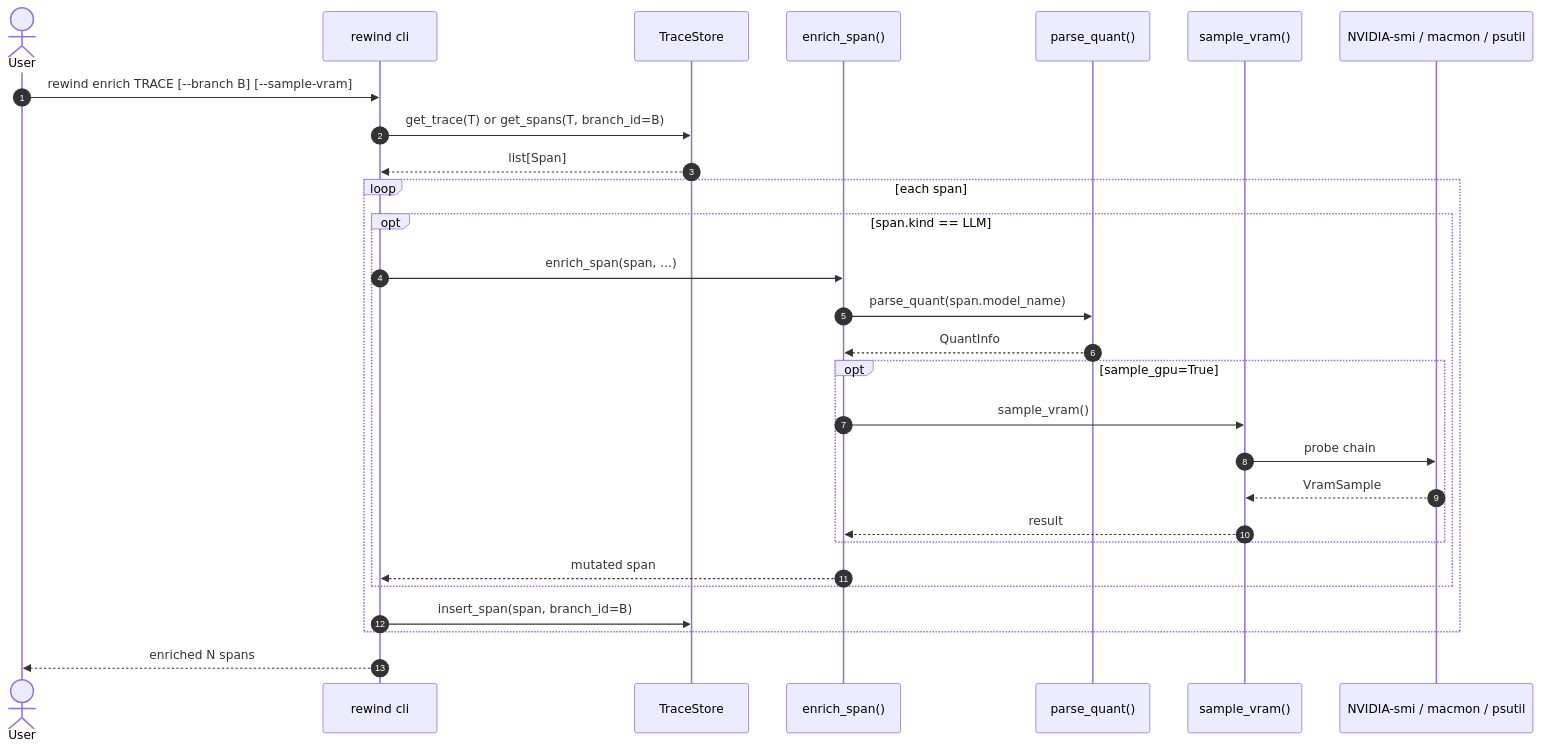
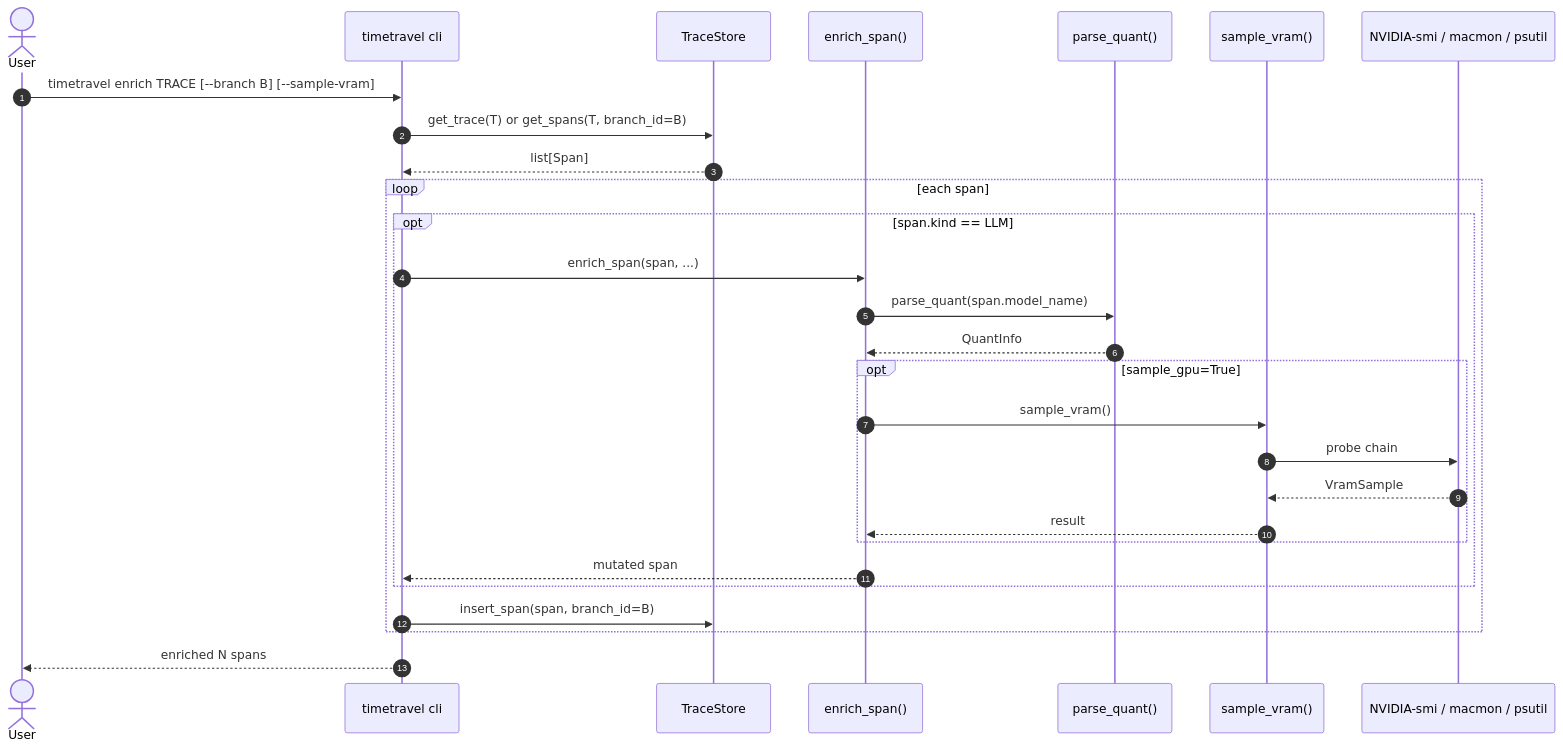
Before and after one commit to akshay-mp/Rewind: the second of 3 diagrams in docs/phases/phase-7.md, drawn with Mermaid. The commit also changed other lines of this file and 244 other files, not shown here.

````diff
--- a/docs/phases/phase-7.md
+++ b/docs/phases/phase-7.md
@@ -186,30 +186,30 @@
 ```mermaid
 sequenceDiagram
     autonumber
     actor U as User
-    participant CLI as rewind cli
+    participant CLI as timetravel cli
     participant Store as TraceStore
     participant ES as enrich_span()
     participant PQ as parse_quant()
     participant SV as sample_vram()
     participant Ops as NVIDIA-smi / macmon / psutil
-    U->>CLI: rewind enrich TRACE [--branch B] [--sample-vram]
+    U->>CLI: timetravel enrich TRACE [--branch B] [--sample-vram]
     CLI->>Store: get_trace(T) or get_spans(T, branch_id=B)
     Store-->>CLI: list[Span]
     loop each span
         opt span.kind == LLM
             CLI->>ES: enrich_span(span, ...)
             ES->>PQ: parse_quant(span.model_name)
             PQ-->>ES: QuantInfo
             opt sample_gpu=True
                 ES->>SV: sample_vram()
                 SV->>Ops: probe chain
                 Ops-->>SV: VramSample
                 SV-->>ES: result
             end
             ES-->>CLI: mutated span
         end
         CLI->>Store: insert_span(span, branch_id=B)
     end
     CLI-->>U: enriched N spans
 ```
````
